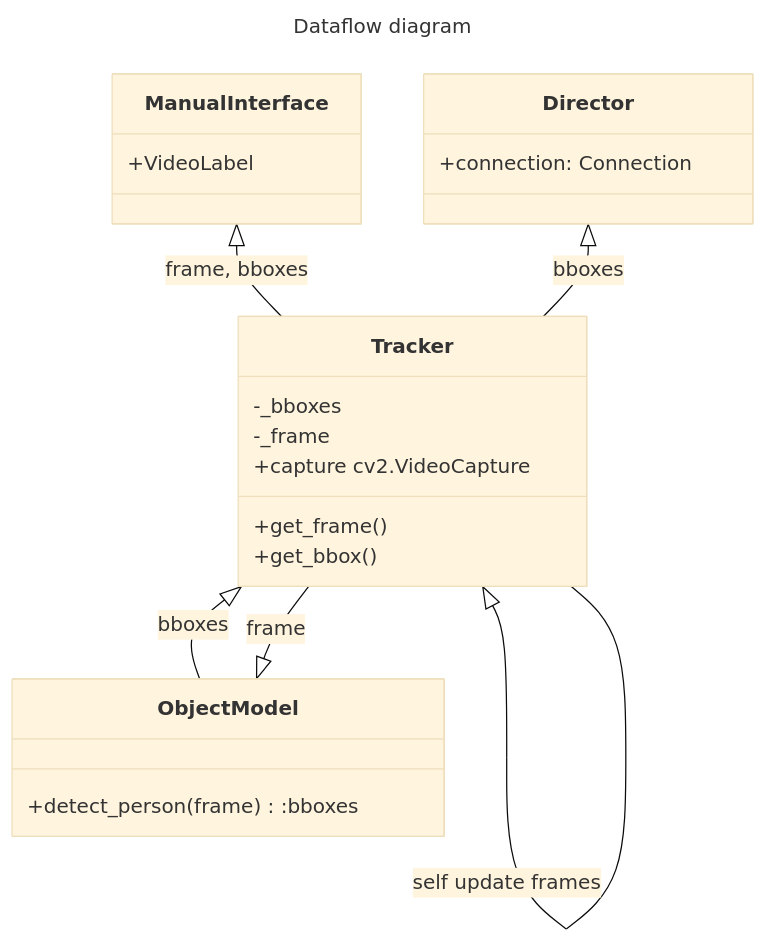
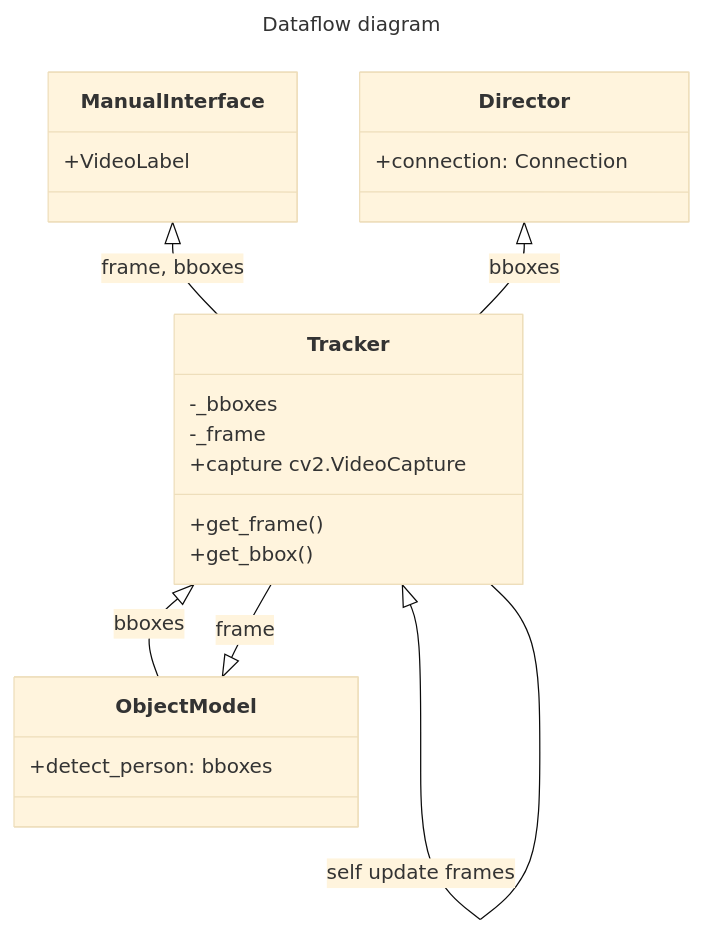
Before and after one commit to talos-rit/project_documentation: the diagram in technical/architecture/Commander Architecture.md, drawn with Mermaid (base theme).

Commit message:
Feat: doc update 2025-10-09 10:21:05

````diff
--- a/technical/architecture/Commander Architecture.md
+++ b/technical/architecture/Commander Architecture.md
@@ -89,29 +91,29 @@
 ```mermaid
 ---
 title: Dataflow diagram
 ---
 classDiagram
-    class Tracker{
+    Tracker <|-- ObjectModel : bboxes
+    Tracker <|-- Tracker : self update frames
+    ManualInterface <|-- Tracker : frame, bboxes
+    ObjectModel <|-- Tracker : frame
+    Director <|-- Tracker : bboxes
+	
+	class Tracker{
 	    -_bboxes
 	    -_frame
         +capture cv2.VideoCapture
         +get_frame()
         +get_bbox()
     }
     class ManualInterface{
         +VideoLabel
     }
+    class ObjectModel{
+	    +detect_person: bboxes
+    }
     class Director{
         +connection: Connection
     }
-    class ObjectModel{
-	    +detect_person(frame):bboxes
-    }
-
-    Tracker <|-- ObjectModel : bboxes
-    Tracker <|-- Tracker : self update frames
-    ManualInterface <|-- Tracker : frame, bboxes
-    ObjectModel <|-- Tracker : frame
-    Director <|-- Tracker : bboxes
-
+    
 ```
````
